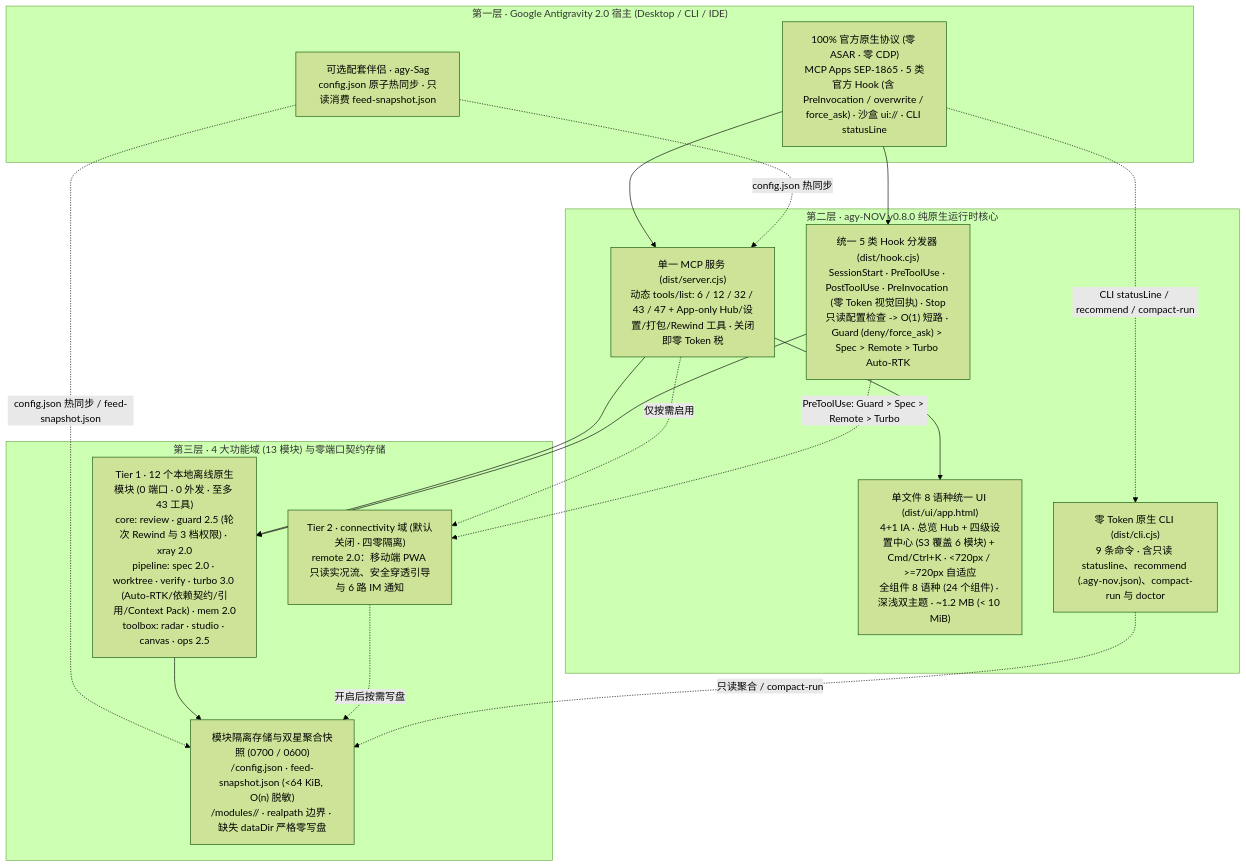
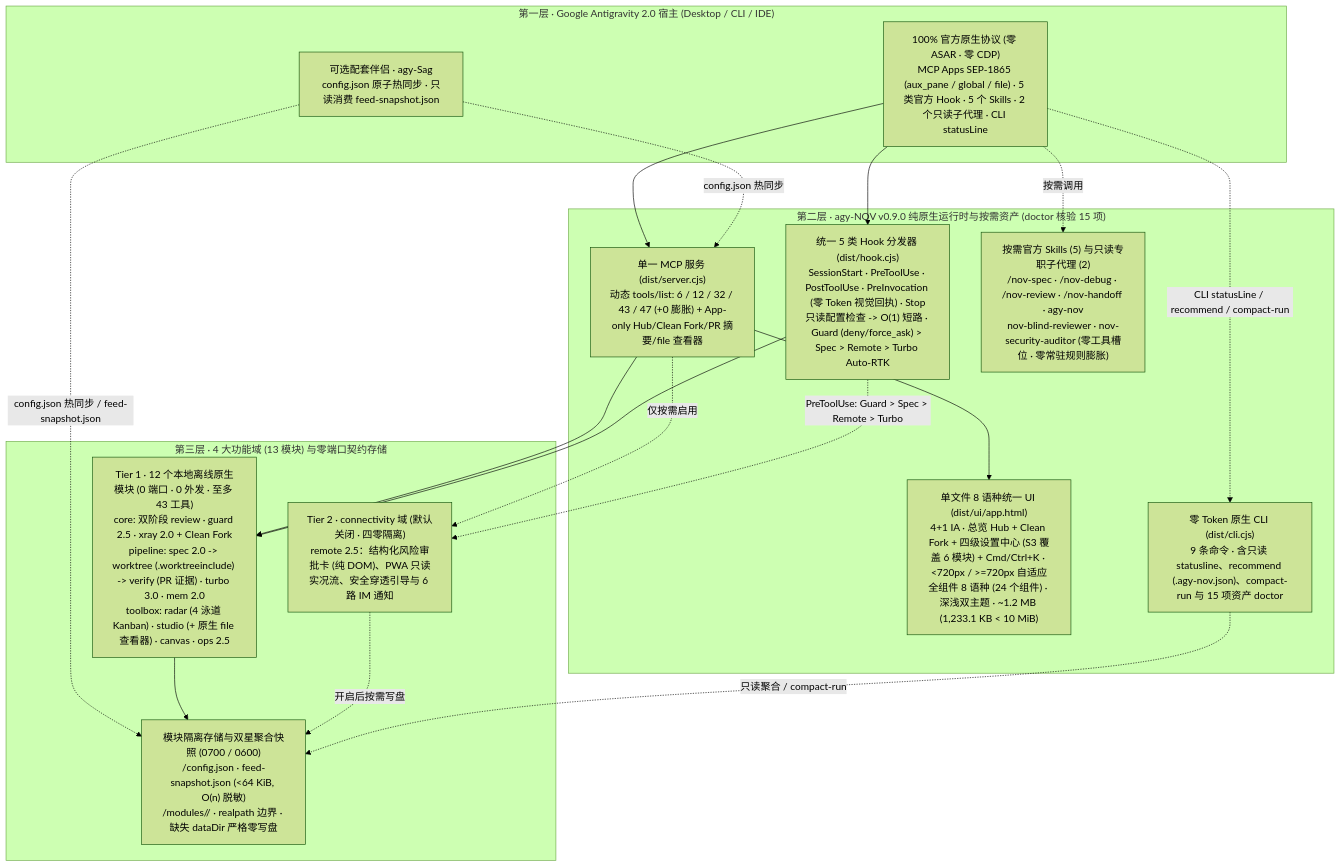
The diagram in docs/i18n/README.zh-CN.md (tone-leh/agy-NOV), drawn with Mermaid (forest theme) before and after one commit. The commit also changed other lines of this file and 72 other files, not shown here.

Commit message:
release: v0.9.0 — E2E pipeline chain, One-Click Clean Fork, 4 slash playbooks, 2 read-only subagents, native file viewer & Remote 2.5 risk cards

````diff
--- a/docs/i18n/README.zh-CN.md
+++ b/docs/i18n/README.zh-CN.md
@@ -219,34 +251,36 @@
 ```mermaid
 flowchart TB
   subgraph L1["第一层 · Google Antigravity 2.0 宿主 (Desktop / CLI / IDE)"]
-    Host["100% 官方原生协议 (零 ASAR · 零 CDP)\nMCP Apps SEP-1865 · 5 类官方 Hook (含 PreInvocation / overwrite / force_ask) · 沙盒 ui:// · CLI statusLine"]
+    Host["100% 官方原生协议 (零 ASAR · 零 CDP)\nMCP Apps SEP-1865 (aux_pane / global / file) · 5 类官方 Hook · 5 个 Skills · 2 个只读子代理 · CLI statusLine"]
     Sag["可选配套伴侣 · agy-Sag\nconfig.json 原子热同步 · 只读消费 feed-snapshot.json"]
   end
 
-  subgraph L2["第二层 · agy-NOV v0.8.0 纯原生运行时核心"]
-    MCP["单一 MCP 服务 (dist/server.cjs)\n动态 tools/list: 6 / 12 / 32 / 43 / 47 + App-only Hub/设置/打包/Rewind 工具 · 关闭即零 Token 税"]
+  subgraph L2["第二层 · agy-NOV v0.9.0 纯原生运行时与按需资产 (doctor 核验 15 项)"]
+    MCP["单一 MCP 服务 (dist/server.cjs)\n动态 tools/list: 6 / 12 / 32 / 43 / 47 (+0 膨胀) + App-only Hub/Clean Fork/PR 摘要/file 查看器"]
     Hook["统一 5 类 Hook 分发器 (dist/hook.cjs)\nSessionStart · PreToolUse · PostToolUse · PreInvocation (零 Token 视觉回执) · Stop\n只读配置检查 -> O(1) 短路 · Guard (deny/force_ask) > Spec > Remote > Turbo Auto-RTK"]
-    UI["单文件 8 语种统一 UI (dist/ui/app.html)\n4+1 IA · 总览 Hub + 四级设置中心 (S3 覆盖 6 模块) + Cmd/Ctrl+K · <720px / >=720px 自适应\n全组件 8 语种 (24 个组件) · 深浅双主题 · ~1.2 MB (< 10 MiB)"]
-    CLI["零 Token 原生 CLI (dist/cli.cjs)\n9 条命令 · 含只读 statusline、recommend (.agy-nov.json)、compact-run 与 doctor"]
+    UI["单文件 8 语种统一 UI (dist/ui/app.html)\n4+1 IA · 总览 Hub + Clean Fork + 四级设置中心 (S3 覆盖 6 模块) + Cmd/Ctrl+K · <720px / >=720px 自适应\n全组件 8 语种 (24 个组件) · 深浅双主题 · ~1.2 MB (1,233.1 KB < 10 MiB)"]
+    Playbooks["按需官方 Skills (5) 与只读专职子代理 (2)\n/nov-spec · /nov-debug · /nov-review · /nov-handoff · agy-nov\nnov-blind-reviewer · nov-security-auditor (零工具槽位 · 零常驻规则膨胀)"]
+    CLI["零 Token 原生 CLI (dist/cli.cjs)\n9 条命令 · 含只读 statusline、recommend (.agy-nov.json)、compact-run 与 15 项资产 doctor"]
   end
 
   subgraph L3["第三层 · 4 大功能域 (13 模块) 与零端口契约存储"]
-    T1["Tier 1 · 12 个本地离线原生模块 (0 端口 · 0 外发 · 至多 43 工具)\ncore: review · guard 2.5 (轮次 Rewind 与 3 档权限) · xray 2.0\npipeline: spec 2.0 · worktree · verify · turbo 3.0 (Auto-RTK/依赖契约/引用/Context Pack) · mem 2.0\ntoolbox: radar · studio · canvas · ops 2.5"]
-    T2R["Tier 2 · connectivity 域 (默认关闭 · 四零隔离)\nremote 2.0：移动端 PWA 只读实况流、安全穿透引导与 6 路 IM 通知"]
+    T1["Tier 1 · 12 个本地离线原生模块 (0 端口 · 0 外发 · 至多 43 工具)\ncore: 双阶段 review · guard 2.5 · xray 2.0 + Clean Fork\npipeline: spec 2.0 -> worktree (.worktreeinclude) -> verify (PR 证据) · turbo 3.0 · mem 2.0\ntoolbox: radar (4 泳道 Kanban) · studio (+ 原生 file 查看器) · canvas · ops 2.5"]
+    T2R["Tier 2 · connectivity 域 (默认关闭 · 四零隔离)\nremote 2.5：结构化风险审批卡 (纯 DOM)、PWA 只读实况流、安全穿透引导与 6 路 IM 通知"]
     Store["模块隔离存储与双星聚合快照 (0700 / 0600)\n<dataDir>/config.json · feed-snapshot.json (<64 KiB, O(n) 脱敏)\n<dataDir>/modules/<id>/ · realpath 边界 · 缺失 dataDir 严格零写盘"]
   end
 
   Host --> MCP
   Host --> Hook
+  Host -. "按需调用" .-> Playbooks
   Host -. "CLI statusLine / recommend / compact-run" .-> CLI
   Sag -. "config.json 热同步 / feed-snapshot.json" .-> Store
   Sag -. "config.json 热同步" .-> MCP
   MCP --> UI
   MCP --> T1
   MCP -. "仅按需启用" .-> T2R
   Hook --> T1
   Hook -. "PreToolUse: Guard > Spec > Remote > Turbo" .-> T2R
   T1 --> Store
   T2R -. "开启后按需写盘" .-> Store
   CLI -. "只读聚合 / compact-run" .-> Store
 ```
````
